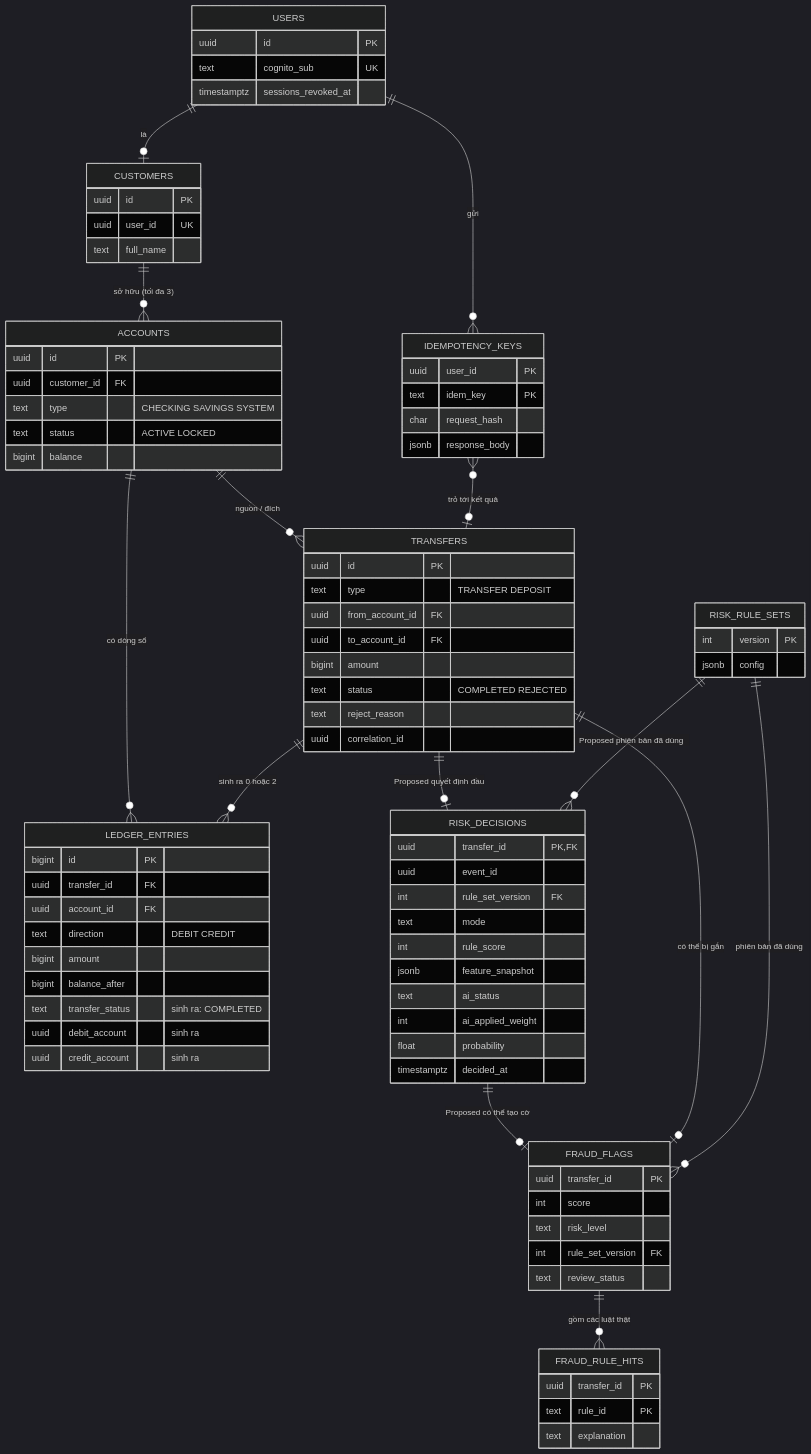
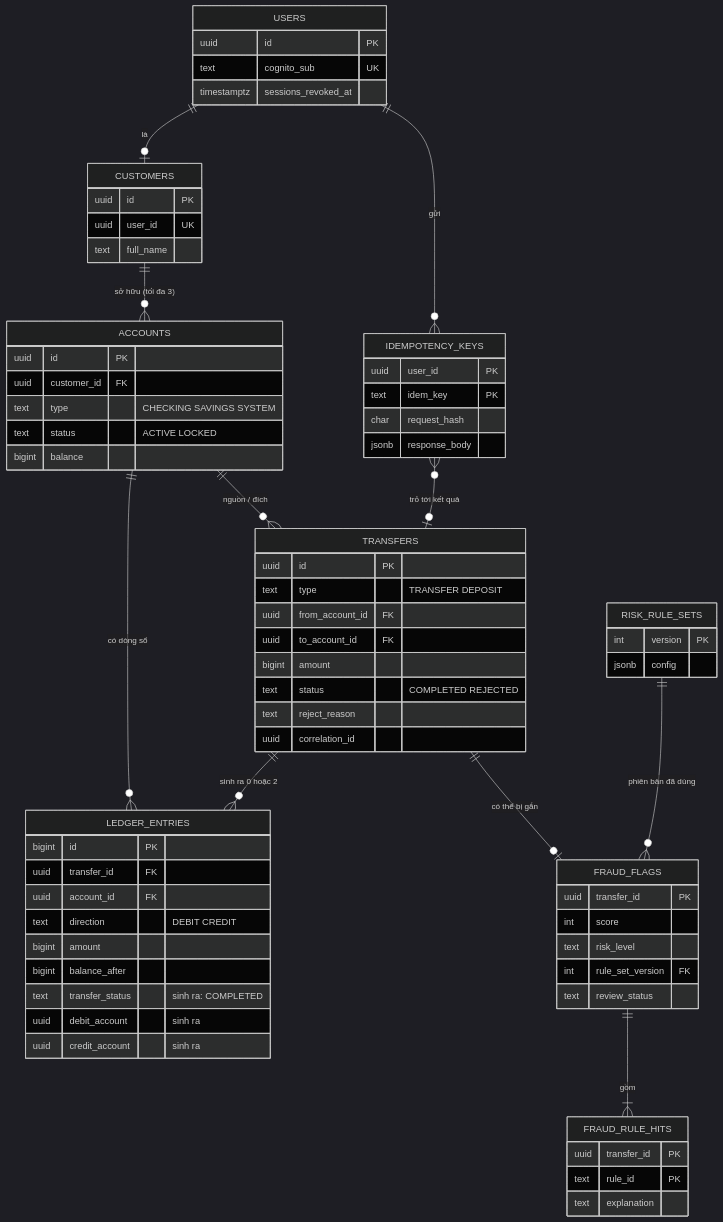
One commit to Lawliet119/digital-banking-simulator changed the diagram in docs/components/_shared/database-design.md. Above: the diagram before and after it, drawn with Mermaid (dark theme). The commit also changed other lines of this file and 7 other files, not shown here.

```diff
--- a/docs/components/_shared/database-design.md
+++ b/docs/components/_shared/database-design.md
@@ -40,12 +38,9 @@
     ACCOUNTS ||--o{ TRANSFERS : "nguồn / đích"
     USERS ||--o{ IDEMPOTENCY_KEYS : "gửi"
     IDEMPOTENCY_KEYS }o--o| TRANSFERS : "trỏ tới kết quả"
-    TRANSFERS ||--o| RISK_DECISIONS : "Proposed quyết định đầu"
-    RISK_DECISIONS ||--o| FRAUD_FLAGS : "Proposed có thể tạo cờ"
     TRANSFERS ||--o| FRAUD_FLAGS : "có thể bị gắn"
-    FRAUD_FLAGS ||--o{ FRAUD_RULE_HITS : "gồm các luật thật"
+    FRAUD_FLAGS ||--|{ FRAUD_RULE_HITS : "gồm"
     RISK_RULE_SETS ||--o{ FRAUD_FLAGS : "phiên bản đã dùng"
-    RISK_RULE_SETS ||--o{ RISK_DECISIONS : "Proposed phiên bản đã dùng"
 
     USERS {
         uuid id PK
@@ -91,18 +86,6 @@
         char request_hash
         jsonb response_body
     }
-    RISK_DECISIONS {
-        uuid transfer_id PK, FK
-        uuid event_id
-        int rule_set_version FK
-        text mode
-        int rule_score
-        jsonb feature_snapshot
-        text ai_status
-        int ai_applied_weight
-        float probability
-        timestamptz decided_at
-    }
     FRAUD_FLAGS {
         uuid transfer_id PK
         int score
```
